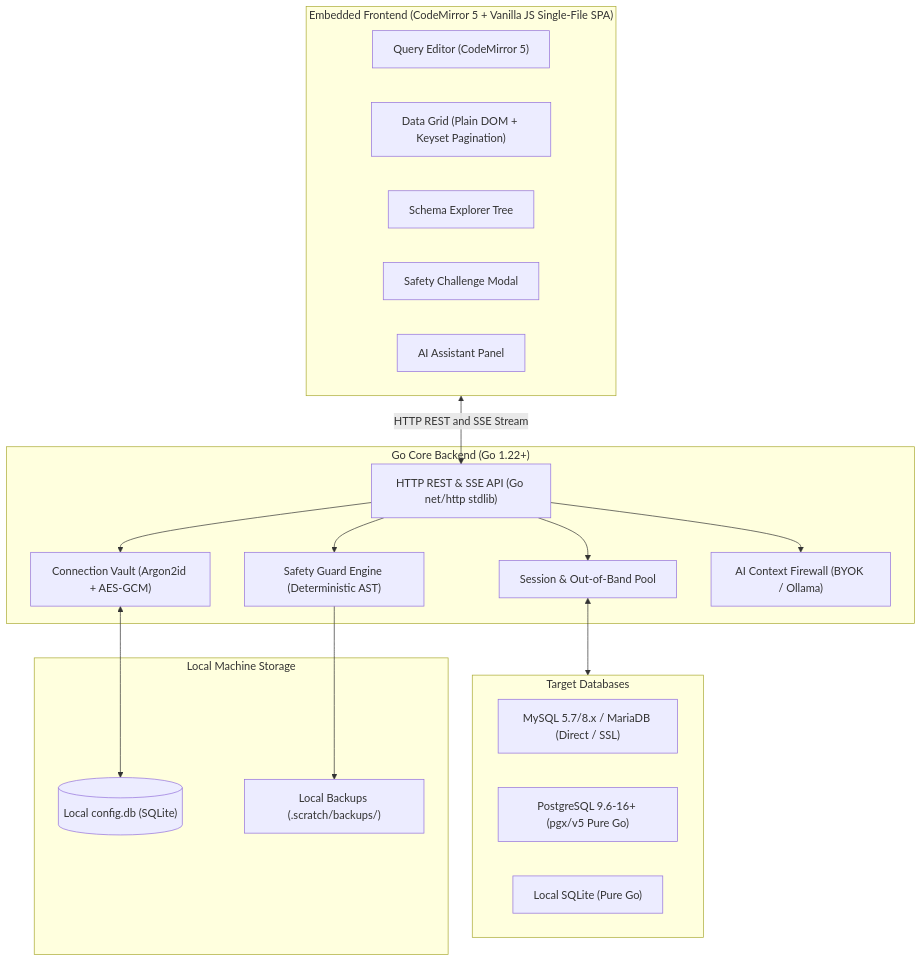
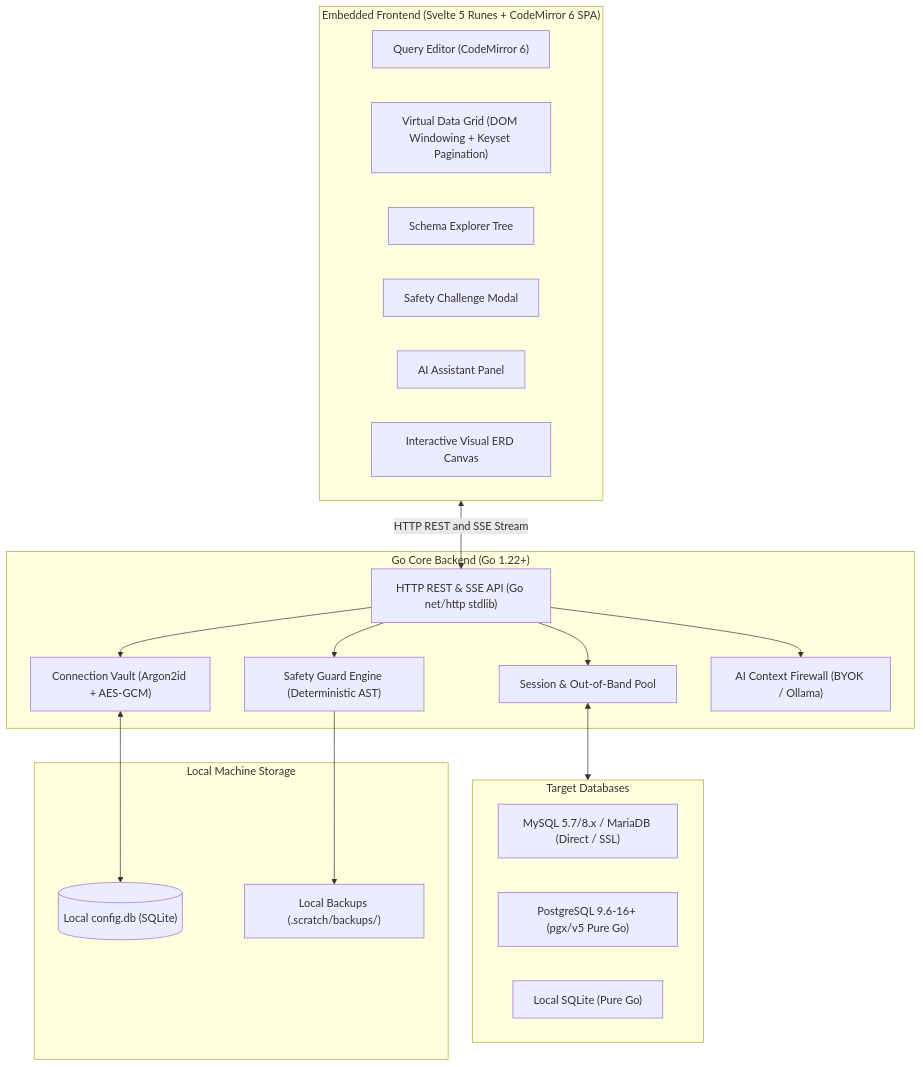
Before and after one commit to herliansyah/sqlfox: the first of 26 diagrams in ARCHITECTURE.md, drawn with Mermaid. The commit also changed 2 other files, not shown here.

Commit message:
docs(readme): highlight Go and Svelte 5 stack across documentation (#146)
Add Svelte 5 badges, emphasize pure-Go and Svelte 5 architecture in the core value proposition, and document tech stack synergy in both README.md and README_ID.md. Update the high-level architecture diagram in ARCHITECTURE.md to reflect Svelte 5 Runes and CodeMirror 6.

````diff
--- a/ARCHITECTURE.md
+++ b/ARCHITECTURE.md
@@ -9,38 +9,39 @@
 ```mermaid
 flowchart TD
-    subgraph UI ["Embedded Frontend (CodeMirror 5 + Vanilla JS Single-File SPA)"]
-        UI_Editor["Query Editor (CodeMirror 5)"]
-        UI_Grid["Data Grid (Plain DOM + Keyset Pagination)"]
+    subgraph UI ["Embedded Frontend (Svelte 5 Runes + CodeMirror 6 SPA)"]
+        UI_Editor["Query Editor (CodeMirror 6)"]
+        UI_Grid["Virtual Data Grid (DOM Windowing + Keyset Pagination)"]
         UI_Tree["Schema Explorer Tree"]
         UI_Guard["Safety Challenge Modal"]
         UI_AI["AI Assistant Panel"]
+        UI_ERD["Interactive Visual ERD Canvas"]
     end
 
     subgraph GoCore ["Go Core Backend (Go 1.22+)"]
         API["HTTP REST & SSE API (Go net/http stdlib)"]
         Vault["Connection Vault (Argon2id + AES-GCM)"]
         Safety["Safety Guard Engine (Deterministic AST)"]
         SessionMgr["Session & Out-of-Band Pool"]
         AIProxy["AI Context Firewall (BYOK / Ollama)"]
     end
 
     subgraph TargetDB ["Target Databases"]
         MySQL["MySQL 5.7/8.x / MariaDB (Direct / SSL)"]
         Postgres["PostgreSQL 9.6-16+ (pgx/v5 Pure Go)"]
         SQLite["Local SQLite (Pure Go)"]
     end
 
     subgraph Storage ["Local Machine Storage"]
         ConfigDB[("Local config.db (SQLite)")]
         DumpDir["Local Backups (.scratch/backups/)"]
     end
 
     UI <-->|HTTP REST and SSE Stream| API
     API --> Vault
     API --> Safety
     API --> SessionMgr
     API --> AIProxy
     Vault <--> ConfigDB
     Safety --> DumpDir
     SessionMgr <--> TargetDB
 ```
````
